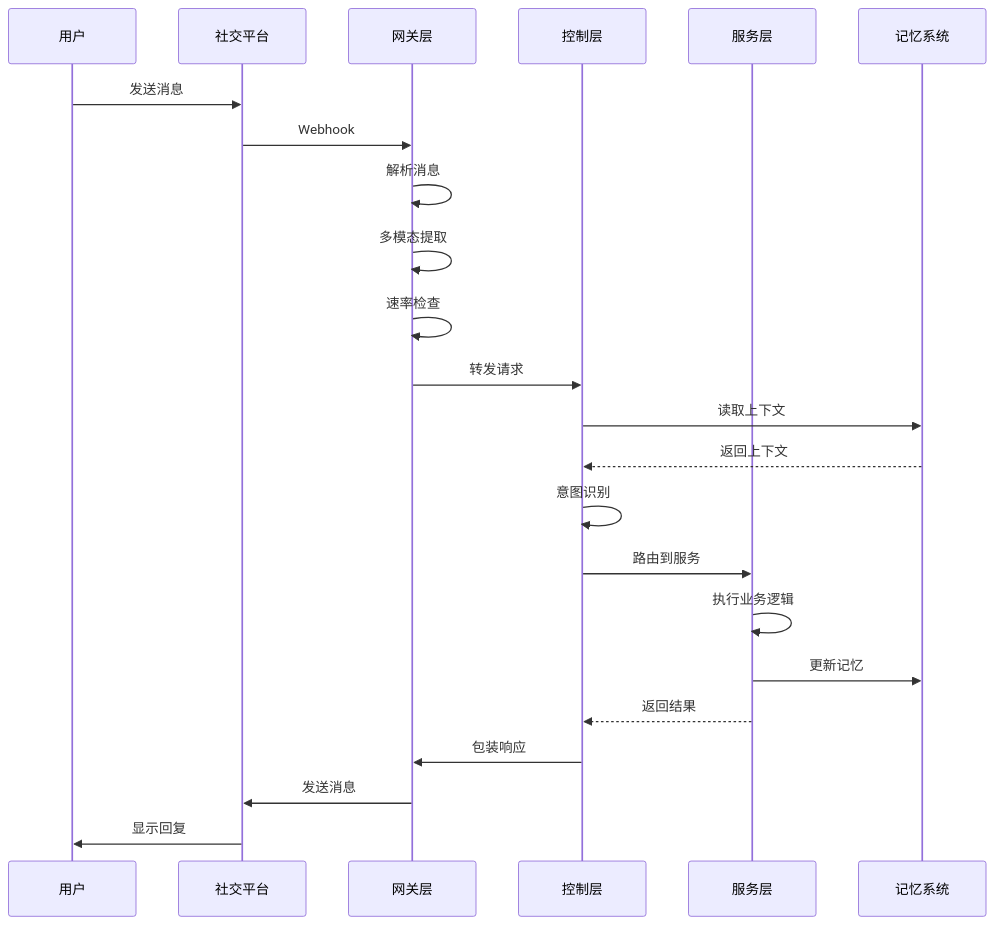
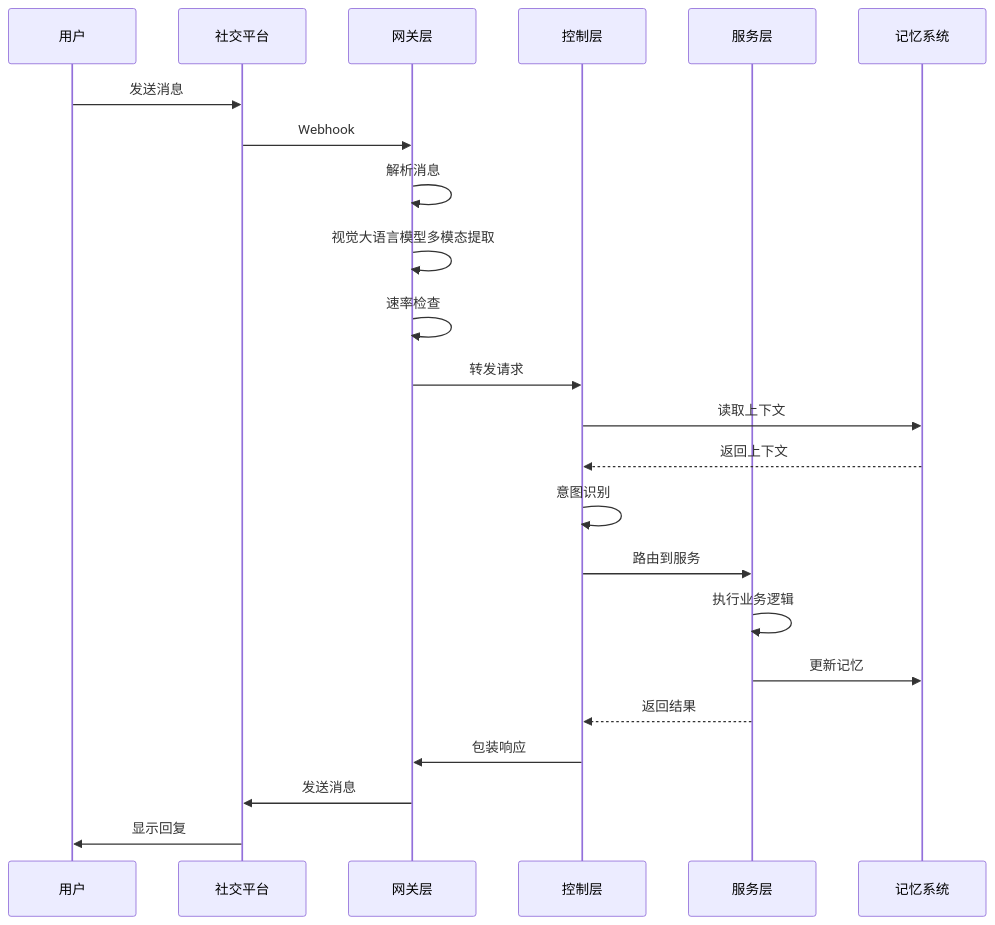
One commit to lukelzlz/xiaoyou changed the sixth of 7 diagrams in docs/design.md. Above: the diagram before and after it, drawn with Mermaid. The commit also changed other lines of this file and 33 other files, not shown here.

````diff
--- a/docs/design.md
+++ b/docs/design.md
@@ -603,29 +603,29 @@
 ```mermaid
 sequenceDiagram
     participant User as 用户
     participant Platform as 社交平台
     participant Gateway as 网关层
     participant Controller as 控制层
     participant Service as 服务层
     participant Memory as 记忆系统
 
     User->>Platform: 发送消息
     Platform->>Gateway: Webhook
     Gateway->>Gateway: 解析消息
-    Gateway->>Gateway: 多模态提取
+    Gateway->>Gateway: 视觉大语言模型多模态提取
     Gateway->>Gateway: 速率检查
     Gateway->>Controller: 转发请求
     
     Controller->>Memory: 读取上下文
     Memory-->>Controller: 返回上下文
     Controller->>Controller: 意图识别
     Controller->>Service: 路由到服务
     
     Service->>Service: 执行业务逻辑
     Service->>Memory: 更新记忆
     Service-->>Controller: 返回结果
     
     Controller->>Gateway: 包装响应
     Gateway->>Platform: 发送消息
     Platform->>User: 显示回复
 ```
````
